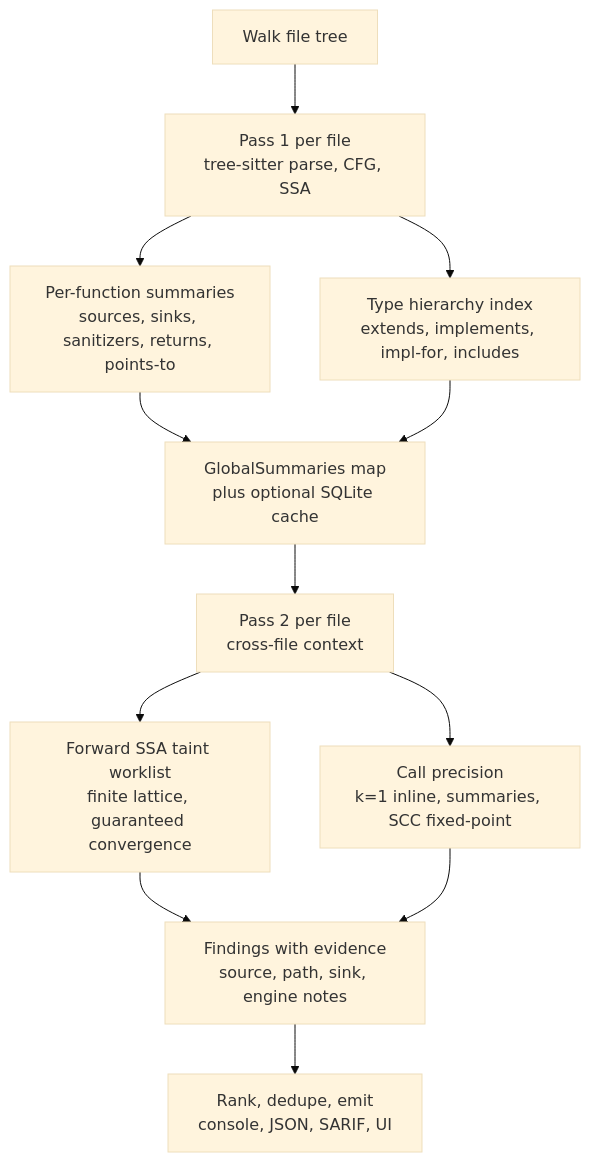
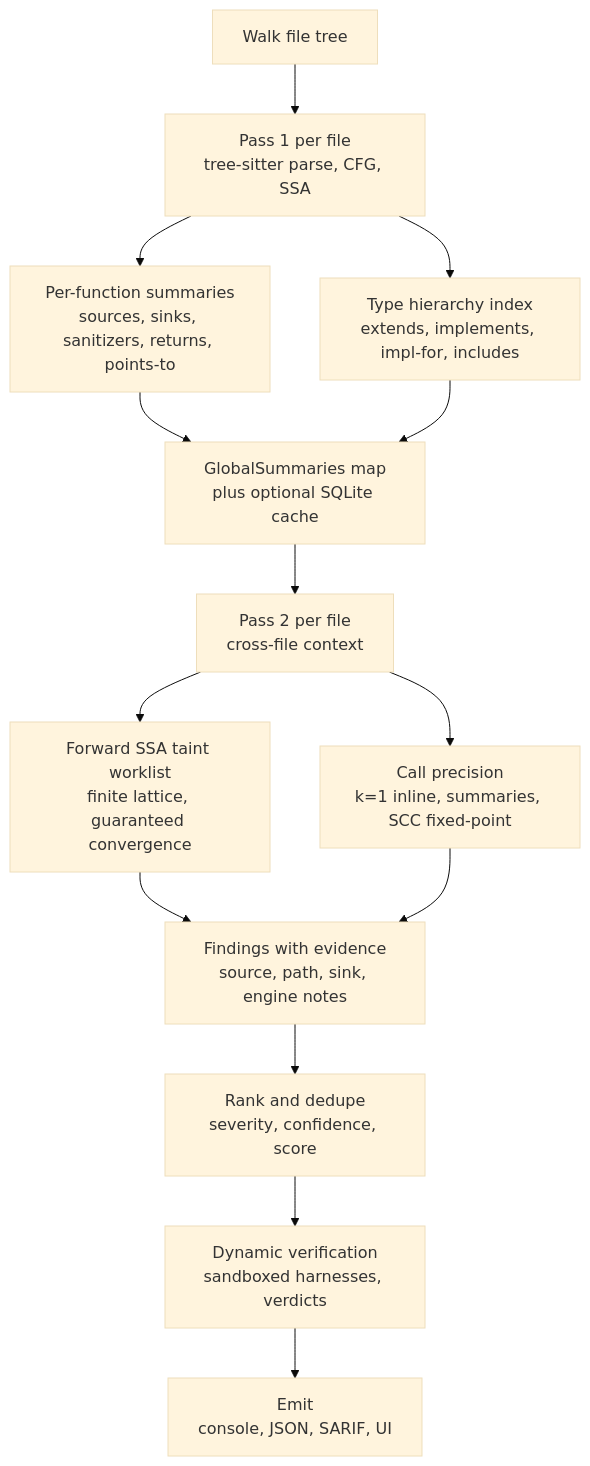
One commit to nyx-sec/nyx changed the diagram in docs/how-it-works.md. Above: the diagram before and after it, drawn with Mermaid (base theme). The commit also changed other lines of this file and 6 other files, not shown here.

````diff
--- a/docs/how-it-works.md
+++ b/docs/how-it-works.md
@@ -9,14 +9,16 @@
 ```mermaid
 flowchart TD
     Walk["Walk file tree"] --> Pass1["Pass 1 per file<br/>tree-sitter parse, CFG, SSA"]
     Pass1 --> Summaries["Per-function summaries<br/>sources, sinks, sanitizers, returns, points-to"]
     Pass1 --> Hierarchy["Type hierarchy index<br/>extends, implements, impl-for, includes"]
     Summaries --> Global["GlobalSummaries map<br/>plus optional SQLite cache"]
     Hierarchy --> Global
     Global --> Pass2["Pass 2 per file<br/>cross-file context"]
     Pass2 --> Taint["Forward SSA taint worklist<br/>finite lattice, guaranteed convergence"]
     Pass2 --> Calls["Call precision<br/>k=1 inline, summaries, SCC fixed-point"]
     Taint --> Findings["Findings with evidence<br/>source, path, sink, engine notes"]
     Calls --> Findings
-    Findings --> Emit["Rank, dedupe, emit<br/>console, JSON, SARIF, UI"]
+    Findings --> Rank["Rank and dedupe<br/>severity, confidence, score"]
+    Rank --> Verify["Dynamic verification<br/>sandboxed harnesses, verdicts"]
+    Verify --> Emit["Emit<br/>console, JSON, SARIF, UI"]
 ```
````
